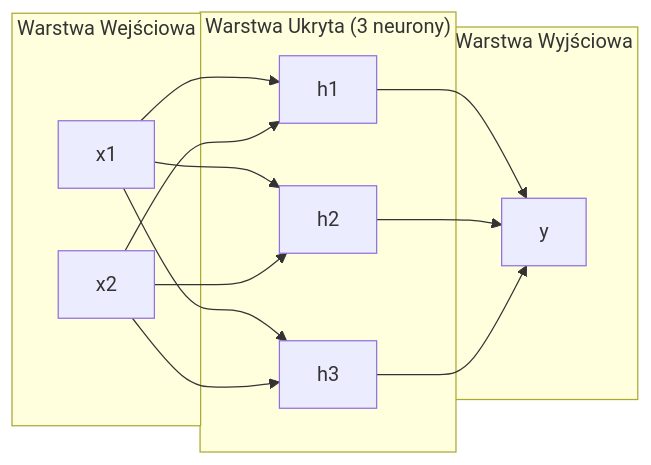
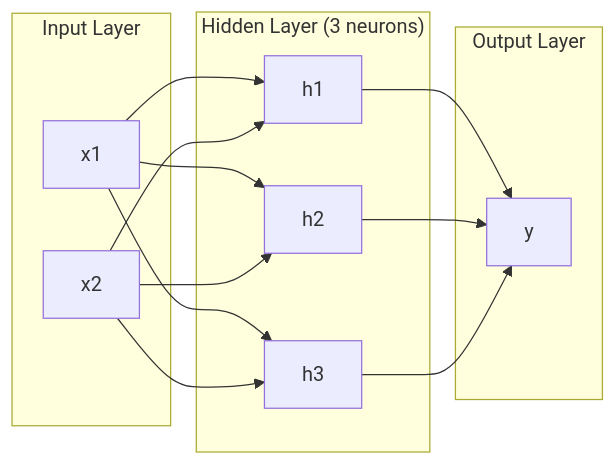
The first of 3 diagrams in phases/03-deep-learning-core/02-multi-layer-networks/docs/pl.md (tarze07/LLM_Traning), drawn with Mermaid before and after one commit. The commit also changed other lines of this file, not shown here.

First line of the commit message:
Translate phase 03 doc 02 (multi-layer-networks) to Polish

````diff
--- a/phases/03-deep-learning-core/02-multi-layer-networks/docs/pl.md
+++ b/phases/03-deep-learning-core/02-multi-layer-networks/docs/pl.md
@@ -39,24 +39,24 @@
 ```mermaid
 graph LR
-    subgraph Input["Warstwa Wejściowa"]
+    subgraph Input["Input Layer"]
         x1["x1"]
         x2["x2"]
     end
-    subgraph Hidden["Warstwa Ukryta (3 neurony)"]
+    subgraph Hidden["Hidden Layer (3 neurons)"]
         h1["h1"]
         h2["h2"]
         h3["h3"]
     end
-    subgraph Output["Warstwa Wyjściowa"]
+    subgraph Output["Output Layer"]
         y["y"]
     end
     x1 --> h1
     x1 --> h2
     x1 --> h3
     x2 --> h1
     x2 --> h2
     x2 --> h3
     h1 --> y
     h2 --> y
     h3 --> y
 ```
````
